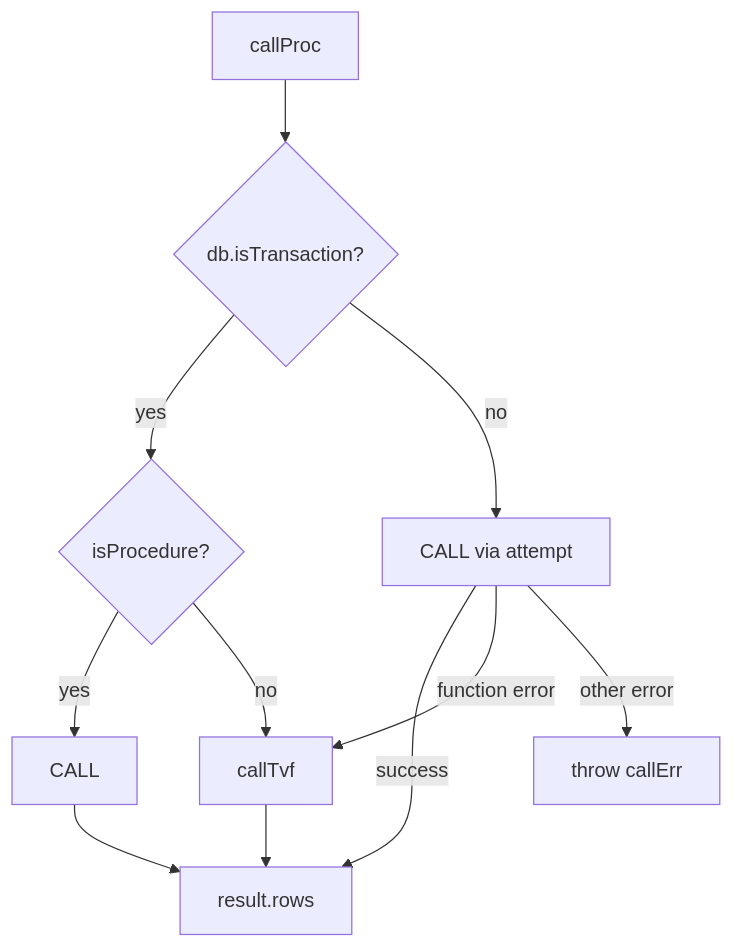
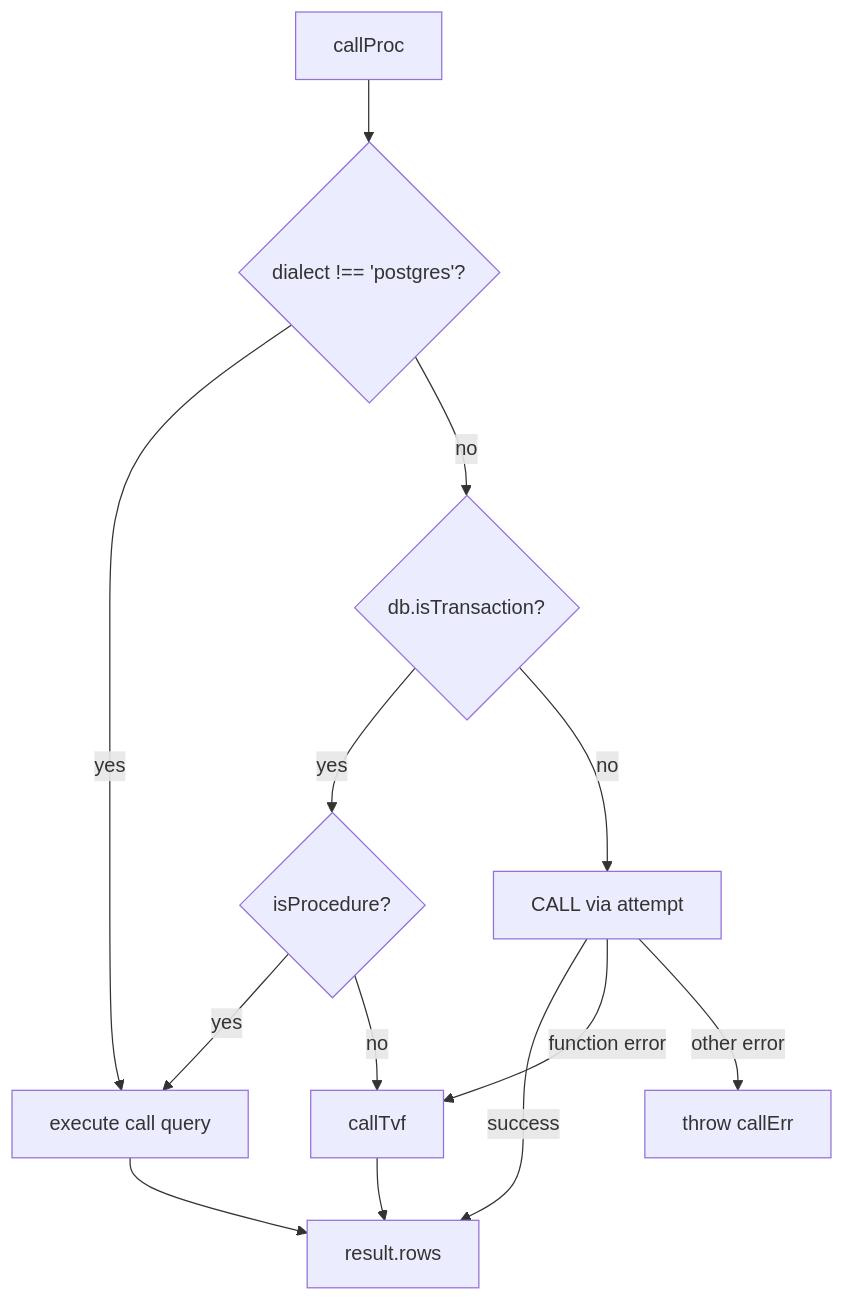
The third of 5 diagrams in docs/wiki/sdk.md (noormdev/noorm), drawn with Mermaid before and after one commit. The commit also changed other lines of this file and 349 other files, not shown here.

````diff
--- a/docs/wiki/sdk.md
+++ b/docs/wiki/sdk.md
@@ -90,14 +95,16 @@
 ```mermaid
 flowchart TD
     %% source: src/sdk/routines.ts, src/sdk/context.ts, src/sdk/impersonate/scope.ts
-    Proc["callProc"] --> Tx{"db.isTransaction?"}
+    Proc["callProc"] --> Dia{"dialect !== 'postgres'?"}
+    Dia -->|yes| Call
+    Dia -->|no| Tx{"db.isTransaction?"}
     Tx -->|yes| Catalog{"isProcedure?"}
-    Catalog -->|yes| Call["CALL"]
+    Catalog -->|yes| Call["execute call query"]
     Catalog -->|no| Tvf["callTvf"]
     Tx -->|no| Attempt["CALL via attempt"]
     Attempt -->|success| Rows["result.rows"]
     Attempt -->|function error| Tvf
     Attempt -->|other error| Throw["throw callErr"]
     Call --> Rows
     Tvf --> Rows
 ```
````
